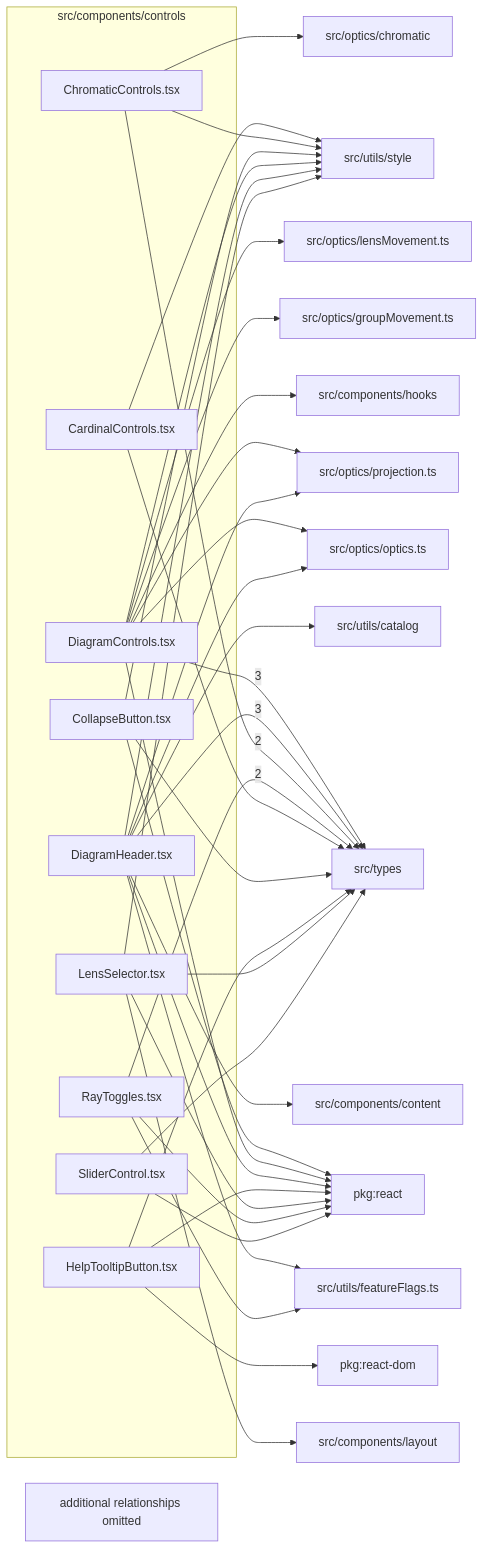
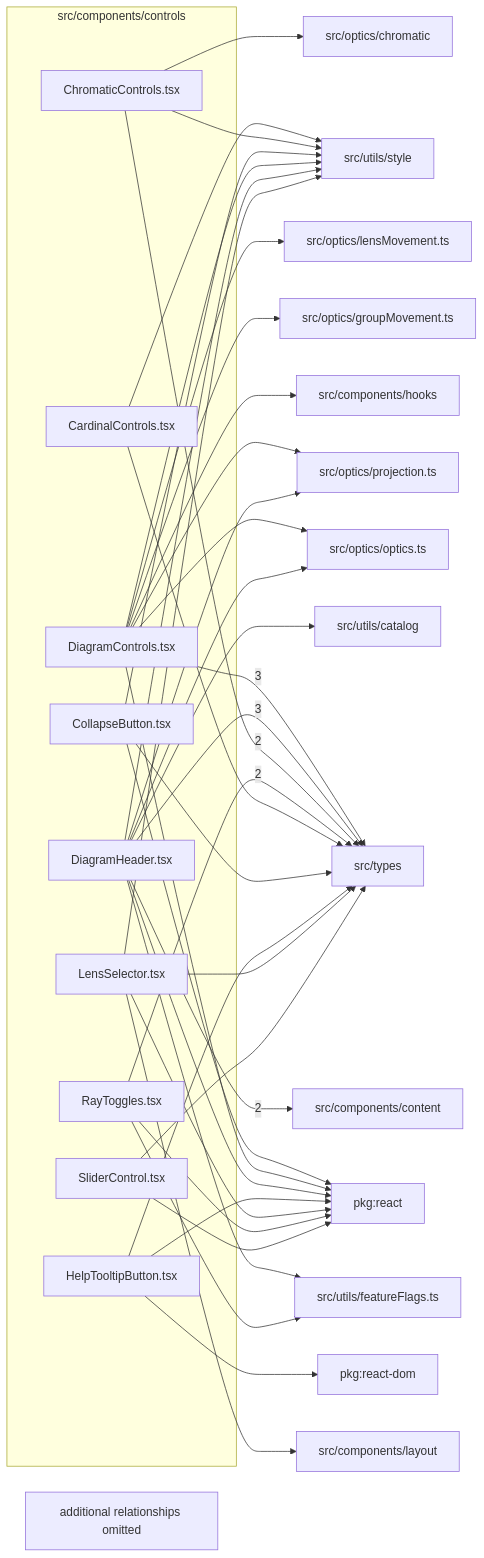
The diagram in src/components/controls/readme.md (ronbuening/LensVisualizer), drawn with Mermaid before and after one commit. The commit also changed other lines of this file and 19 other files, not shown here.

````diff
--- a/src/components/controls/readme.md
+++ b/src/components/controls/readme.md
@@ -9,65 +9,65 @@
 ```mermaid
 flowchart LR
   subgraph n_src_components_controls["src/components/controls"]
     n_src_components_controls_src_components_controls_CardinalControls_tsx["CardinalControls.tsx"]
     n_src_components_controls_src_components_controls_ChromaticControls_tsx["ChromaticControls.tsx"]
     n_src_components_controls_src_components_controls_CollapseButton_tsx["CollapseButton.tsx"]
     n_src_components_controls_src_components_controls_DiagramControls_tsx["DiagramControls.tsx"]
     n_src_components_controls_src_components_controls_DiagramHeader_tsx["DiagramHeader.tsx"]
     n_src_components_controls_src_components_controls_HelpTooltipButton_tsx["HelpTooltipButton.tsx"]
     n_src_components_controls_src_components_controls_LensSelector_tsx["LensSelector.tsx"]
     n_src_components_controls_src_components_controls_RayToggles_tsx["RayToggles.tsx"]
     n_src_components_controls_src_components_controls_SliderControl_tsx["SliderControl.tsx"]
   end
   n_external_src_types["src/types"]
+  n_external_src_components_content["src/components/content"]
   n_external_pkg_react["pkg:react"]
   n_external_pkg_react_dom["pkg:react-dom"]
-  n_external_src_components_content["src/components/content"]
   n_external_src_components_hooks["src/components/hooks"]
   n_external_src_components_layout["src/components/layout"]
   n_external_src_optics_chromatic["src/optics/chromatic"]
   n_external_src_optics_groupMovement_ts["src/optics/groupMovement.ts"]
   n_external_src_optics_lensMovement_ts["src/optics/lensMovement.ts"]
   n_external_src_optics_optics_ts["src/optics/optics.ts"]
   n_external_src_optics_projection_ts["src/optics/projection.ts"]
   n_external_src_utils_catalog["src/utils/catalog"]
   n_external_src_utils_featureFlags_ts["src/utils/featureFlags.ts"]
   n_external_src_utils_style["src/utils/style"]
   n_src_components_controls_src_components_controls_DiagramControls_tsx --> |3| n_external_src_types
   n_src_components_controls_src_components_controls_DiagramHeader_tsx --> |3| n_external_src_types
+  n_src_components_controls_src_components_controls_DiagramHeader_tsx --> |2| n_external_src_components_content
   n_src_components_controls_src_components_controls_ChromaticControls_tsx --> |2| n_external_src_types
   n_src_components_controls_src_components_controls_RayToggles_tsx --> |2| n_external_src_types
   n_src_components_controls_src_components_controls_CollapseButton_tsx --> n_external_pkg_react
   n_src_components_controls_src_components_controls_DiagramControls_tsx --> n_external_pkg_react
   n_src_components_controls_src_components_controls_DiagramHeader_tsx --> n_external_pkg_react
   n_src_components_controls_src_components_controls_HelpTooltipButton_tsx --> n_external_pkg_react
   n_src_components_controls_src_components_controls_LensSelector_tsx --> n_external_pkg_react
   n_src_components_controls_src_components_controls_RayToggles_tsx --> n_external_pkg_react
   n_src_components_controls_src_components_controls_SliderControl_tsx --> n_external_pkg_react
   n_src_components_controls_src_components_controls_HelpTooltipButton_tsx --> n_external_pkg_react_dom
-  n_src_components_controls_src_components_controls_DiagramHeader_tsx --> n_external_src_components_content
   n_src_components_controls_src_components_controls_DiagramControls_tsx --> n_external_src_components_hooks
   n_src_components_controls_src_components_controls_LensSelector_tsx --> n_external_src_components_layout
   n_src_components_controls_src_components_controls_ChromaticControls_tsx --> n_external_src_optics_chromatic
   n_src_components_controls_src_components_controls_DiagramControls_tsx --> n_external_src_optics_groupMovement_ts
   n_src_components_controls_src_components_controls_DiagramControls_tsx --> n_external_src_optics_lensMovement_ts
   n_src_components_controls_src_components_controls_DiagramControls_tsx --> n_external_src_optics_optics_ts
   n_src_components_controls_src_components_controls_DiagramHeader_tsx --> n_external_src_optics_optics_ts
   n_src_components_controls_src_components_controls_DiagramControls_tsx --> n_external_src_optics_projection_ts
   n_src_components_controls_src_components_controls_DiagramHeader_tsx --> n_external_src_optics_projection_ts
   n_src_components_controls_src_components_controls_CardinalControls_tsx --> n_external_src_types
   n_src_components_controls_src_components_controls_CollapseButton_tsx --> n_external_src_types
   n_src_components_controls_src_components_controls_HelpTooltipButton_tsx --> n_external_src_types
   n_src_components_controls_src_components_controls_LensSelector_tsx --> n_external_src_types
   n_src_components_controls_src_components_controls_SliderControl_tsx --> n_external_src_types
   n_src_components_controls_src_components_controls_DiagramHeader_tsx --> n_external_src_utils_catalog
   n_src_components_controls_src_components_controls_DiagramHeader_tsx --> n_external_src_utils_featureFlags_ts
   n_src_components_controls_src_components_controls_RayToggles_tsx --> n_external_src_utils_featureFlags_ts
   n_src_components_controls_src_components_controls_CardinalControls_tsx --> n_external_src_utils_style
   n_src_components_controls_src_components_controls_ChromaticControls_tsx --> n_external_src_utils_style
   n_src_components_controls_src_components_controls_CollapseButton_tsx --> n_external_src_utils_style
   n_src_components_controls_src_components_controls_DiagramControls_tsx --> n_external_src_utils_style
   n_src_components_controls_src_components_controls_DiagramHeader_tsx --> n_external_src_utils_style
   n_src_components_controls_src_components_controls_LensSelector_tsx --> n_external_src_utils_style
   n_src_components_controls_truncated["additional relationships omitted"]
 ```
````
